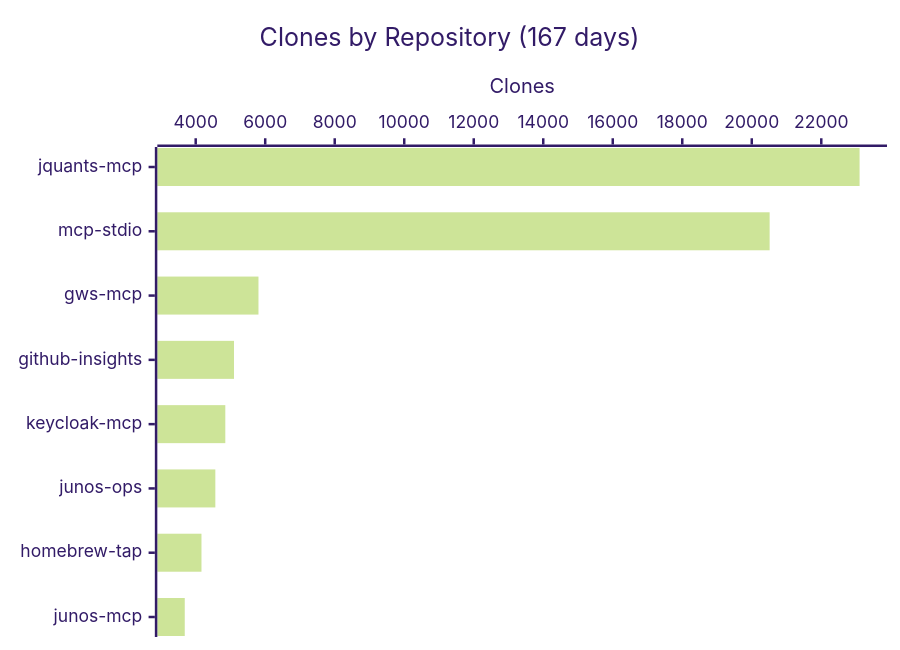
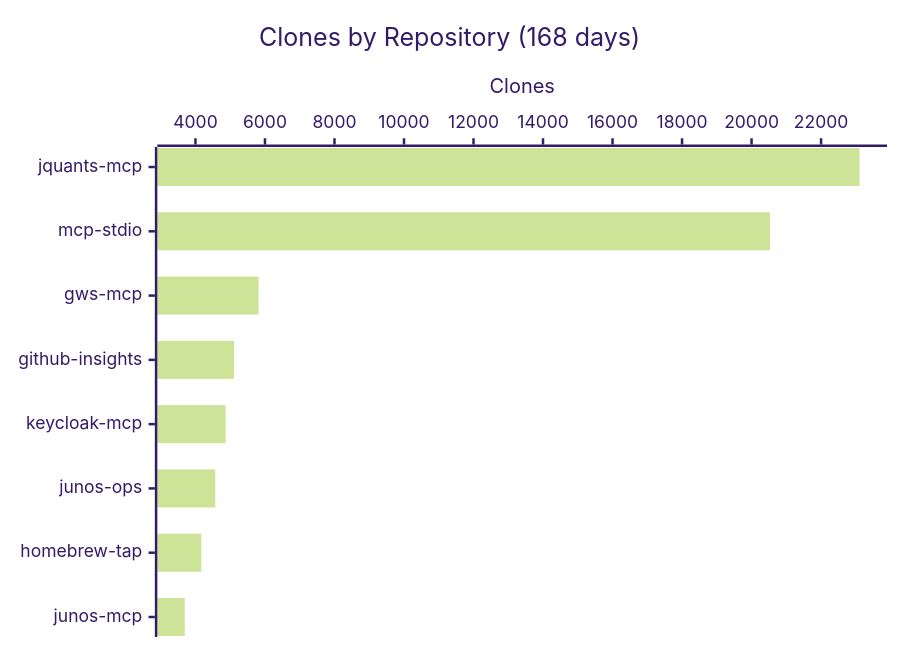
One commit to shigechika/github-insights changed the fourth of 4 diagrams in README.md. Above: the diagram before and after it, drawn with Mermaid (forest theme). The commit also changed other lines of this file and 2 other files, not shown here.

````diff
--- a/README.md
+++ b/README.md
@@ -58,7 +58,7 @@
 ```mermaid
 xychart-beta horizontal
-    title "Clones by Repository (167 days)"
+    title "Clones by Repository (168 days)"
     x-axis ["jquants-mcp", "mcp-stdio", "gws-mcp", "github-insights", "keycloak-mcp", "junos-ops", "homebrew-tap", "junos-mcp"]
     y-axis "Clones"
-    bar [23102, 20514, 5806, 5102, 4852, 4565, 4166, 3685]
+    bar [23108, 20531, 5816, 5112, 4867, 4570, 4168, 3692]
 ```
````
